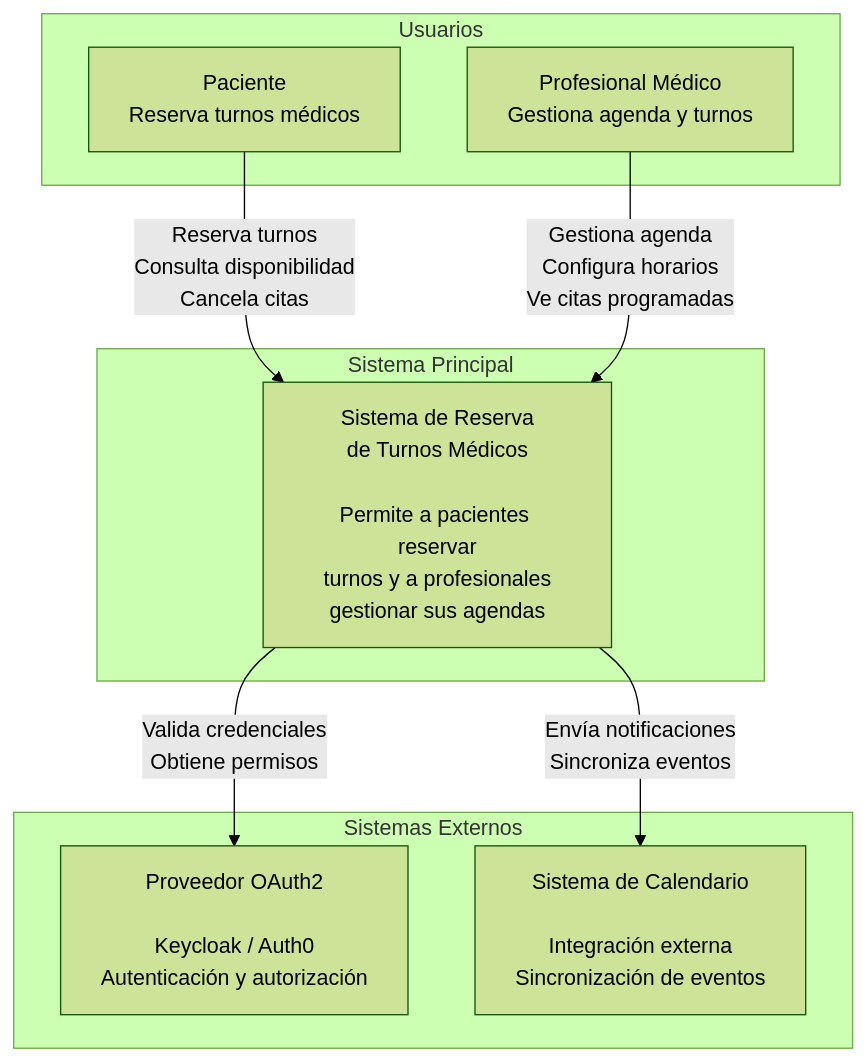
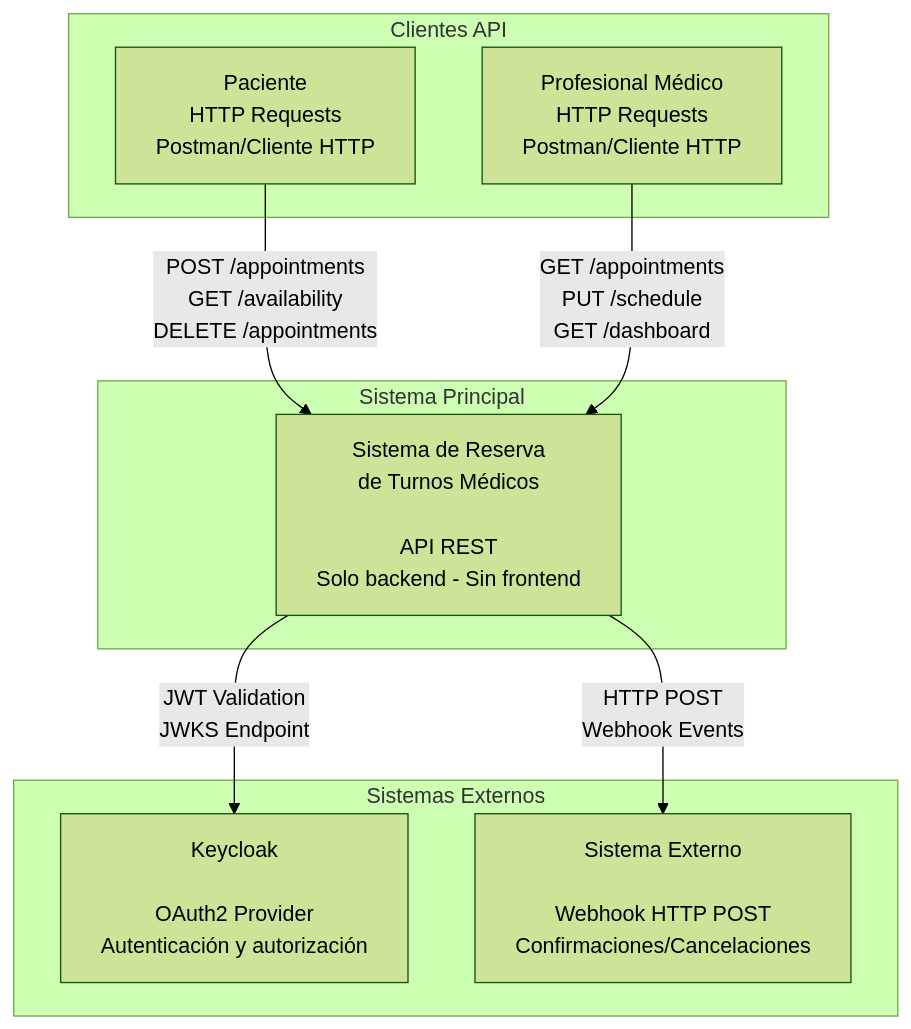
Before and after one commit to PaezFrancisco/tp-iaew-2025: the first of 5 diagrams in READ_ME.md, drawn with Mermaid (forest theme). The commit also changed other lines of this file, not shown here.

````diff
--- a/READ_ME.md
+++ b/READ_ME.md
@@ -20,22 +24,22 @@
 ```mermaid
 graph TB
-    subgraph "Usuarios"
-        Patient[Paciente<br/>Reserva turnos médicos]
-        Professional[Profesional Médico<br/>Gestiona agenda y turnos]
+    subgraph "Clientes API"
+        Patient[Paciente<br/>HTTP Requests<br/>Postman/Cliente HTTP]
+        Professional[Profesional Médico<br/>HTTP Requests<br/>Postman/Cliente HTTP]
     end
     
     subgraph "Sistema Principal"
-        System[Sistema de Reserva<br/>de Turnos Médicos<br/><br/>Permite a pacientes reservar<br/>turnos y a profesionales<br/>gestionar sus agendas]
+        System[Sistema de Reserva<br/>de Turnos Médicos<br/><br/>API REST<br/>Solo backend - Sin frontend]
     end
     
     subgraph "Sistemas Externos"
-        AuthProvider[Proveedor OAuth2<br/><br/>Keycloak / Auth0<br/>Autenticación y autorización]
-        CalendarSystem[Sistema de Calendario<br/><br/>Integración externa<br/>Sincronización de eventos]
+        AuthProvider[Keycloak<br/><br/>OAuth2 Provider<br/>Autenticación y autorización]
+        ExternalSystem[Sistema Externo<br/><br/>Webhook HTTP POST<br/>Confirmaciones/Cancelaciones]
     end
     
-    Patient -->|"Reserva turnos<br/>Consulta disponibilidad<br/>Cancela citas"| System
-    Professional -->|"Gestiona agenda<br/>Configura horarios<br/>Ve citas programadas"| System
+    Patient -->|"POST /appointments<br/>GET /availability<br/>DELETE /appointments"| System
+    Professional -->|"GET /appointments<br/>PUT /schedule<br/>GET /dashboard"| System
     
-    System -->|"Valida credenciales<br/>Obtiene permisos"| AuthProvider
-    System -->|"Envía notificaciones<br/>Sincroniza eventos"| CalendarSystem
+    System -->|"JWT Validation<br/>JWKS Endpoint"| AuthProvider
+    System -->|"HTTP POST<br/>Webhook Events"| ExternalSystem
 ```
````
